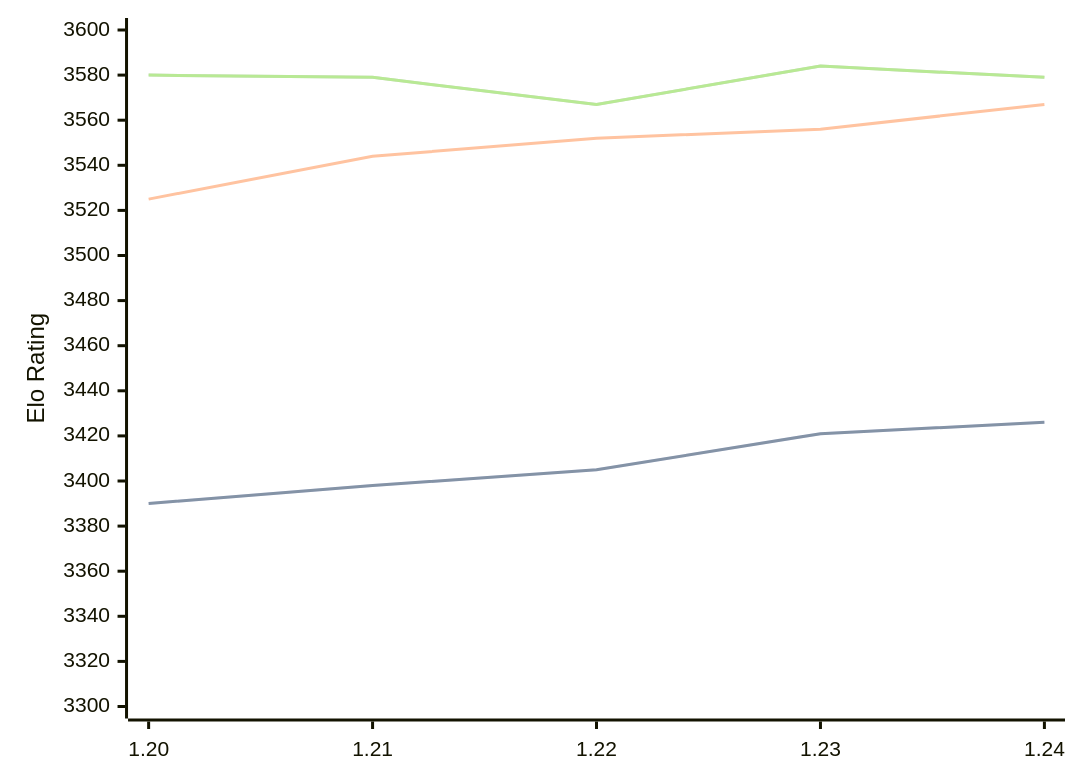
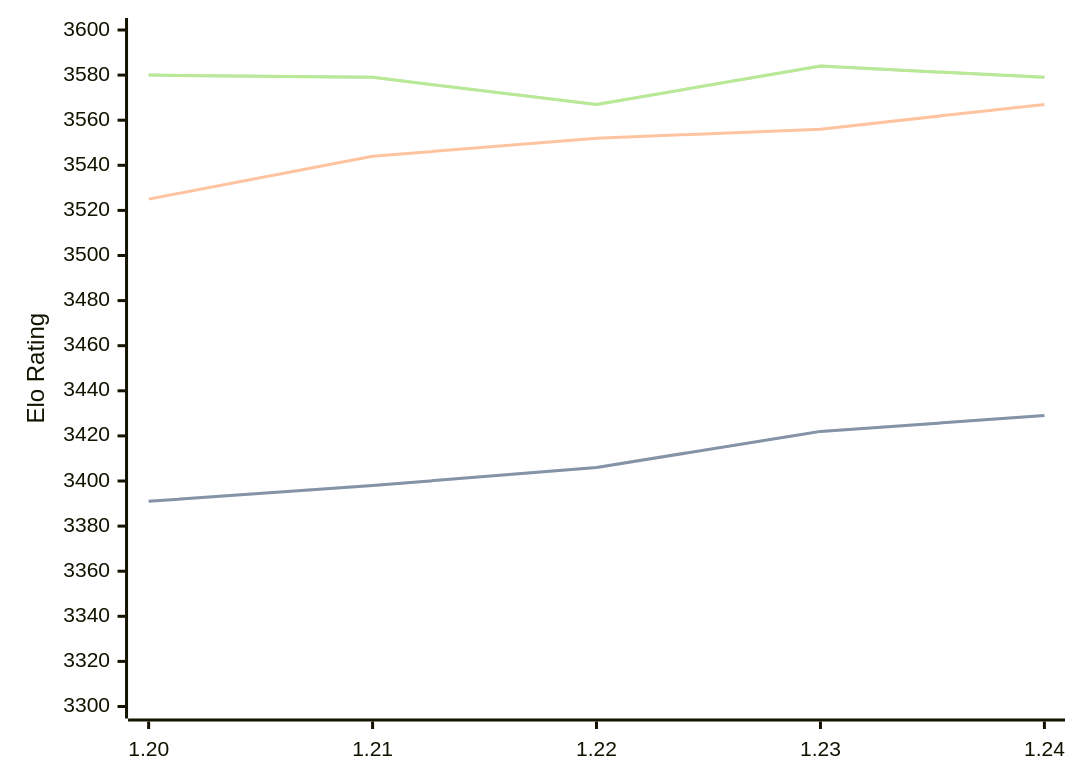
Before and after one commit to computer-chess-index/cci: the diagram in engines/Caissa.md, drawn with Mermaid. The commit also changed other lines of this file, not shown here.

````diff
--- a/engines/Caissa.md
+++ b/engines/Caissa.md
@@ -61,11 +61,11 @@
 ```mermaid
 %%{init: {"theme":"base","themeVariables":{"seriesColors:['#a3a3a3','#222221','#faa371']}}}%%
 xychart-beta
   x-axis ["1.20", "1.21", "1.22", "1.23", "1.24"]
   y-axis "Elo Rating" 3300 --> 3600
-  line "STC (8.0+0.08s)" [3390, 3398, 3405, 3421, 3426]
-  line "STC (8.0+0.08s)" [3390, 3398, 3405, 3421, 3426]
+  line "STC (8.0+0.08s)" [3391, 3398, 3406, 3422, 3429]
+  line "STC (8.0+0.08s)" [3391, 3398, 3406, 3422, 3429]
   line "LTC (60.0+0.60s)" [3525, 3544, 3552, 3556, 3567]
   line "VLTC (2m24s+1.12s)" [3580, 3579, 3567, 3584, 3579]
   line "VLTC (2m24s+1.12s)" [3580, 3579, 3567, 3584, 3579]
 ```
````
